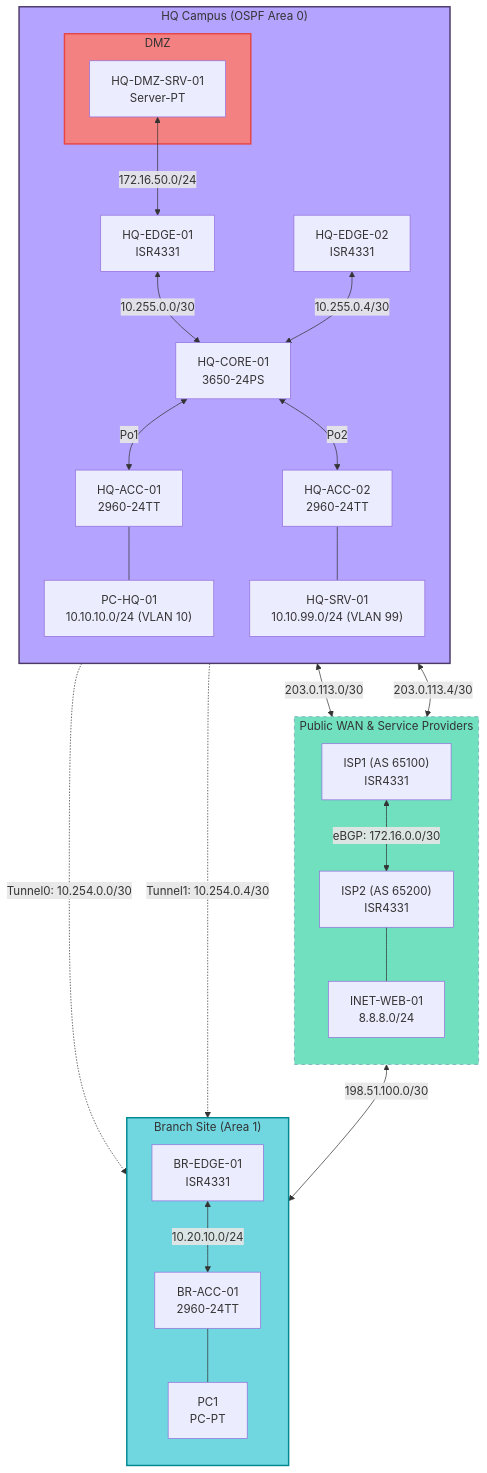
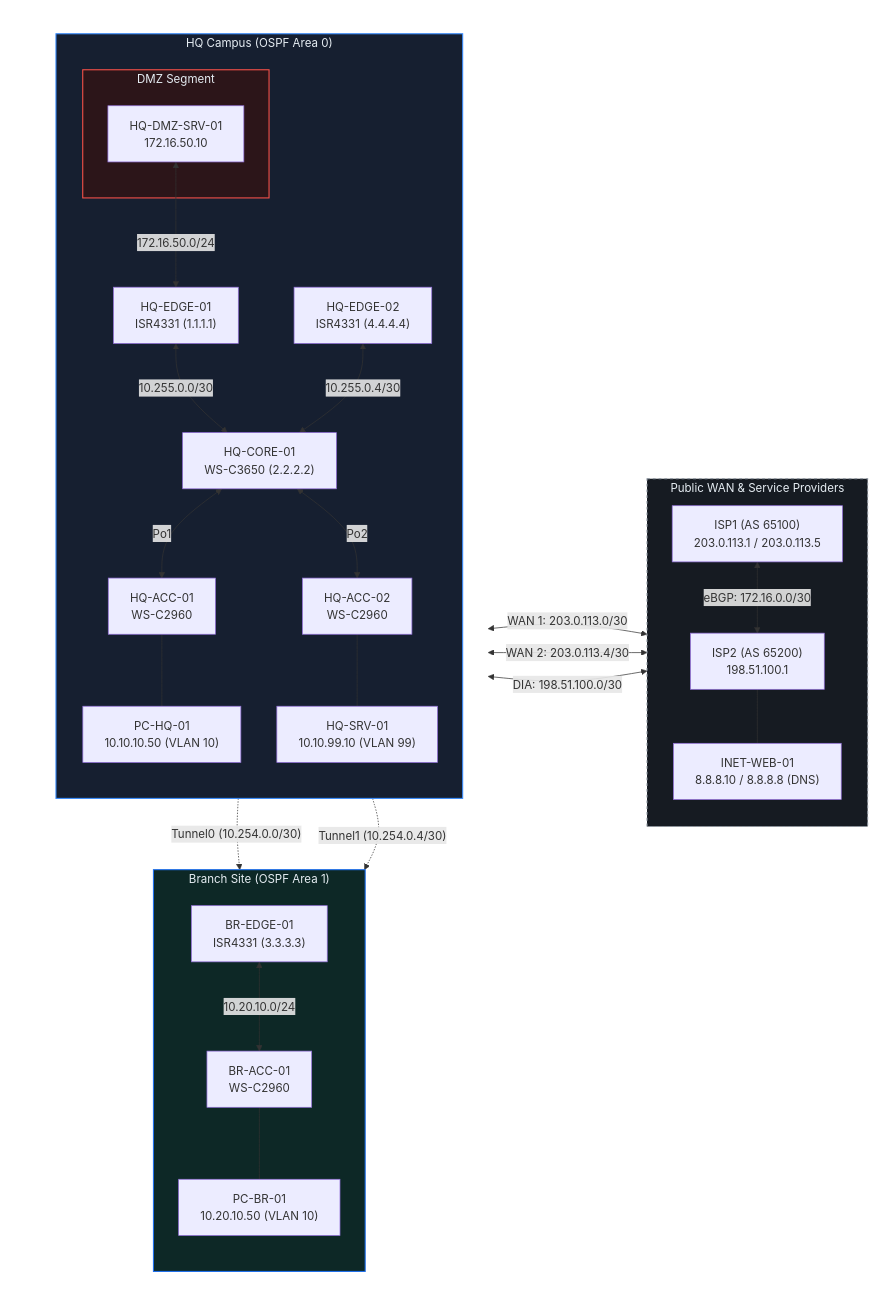
One commit to dbielas/Network changed the diagram in README.md. Above: the diagram before and after it, drawn with Mermaid. The commit also changed other lines of this file, not shown here.

````diff
--- a/README.md
+++ b/README.md
@@ -19,78 +19,96 @@
 ```mermaid
-flowchart TB
-    %% WAN / ISP Infrastructure
+flowchart LR
+    %% ==========================================
+    %% LEFT COLUMN: Enterprise Sites (HQ Top, Branch Bottom)
+    %% ==========================================
+    subgraph ENTERPRISE_SITES[" "]
+        direction TB
+
+        %% TOP-LEFT: HQ Campus - Area 0
+        subgraph AREA_0["HQ Campus (OSPF Area 0)"]
+            direction TB
+            
+            subgraph DMZ_ZONE["DMZ Segment"]
+                DMZ_SRV["HQ-DMZ-SRV-01<br>172.16.50.10"]
+            end
+
+            HQ_EDGE_01["HQ-EDGE-01<br>ISR4331 (1.1.1.1)"]
+            HQ_EDGE_02["HQ-EDGE-02<br>ISR4331 (4.4.4.4)"]
+            HQ_CORE_01["HQ-CORE-01<br>WS-C3650 (2.2.2.2)"]
+            
+            HQ_ACC_01["HQ-ACC-01<br>WS-C2960"]
+            HQ_ACC_02["HQ-ACC-02<br>WS-C2960"]
+            
+            PC_HQ_01["PC-HQ-01<br>10.10.10.50 (VLAN 10)"]
+            HQ_SRV_01["HQ-SRV-01<br>10.10.99.10 (VLAN 99)"]
+
+            %% DMZ Attachment
+            DMZ_SRV <-->|"172.16.50.0/24"| HQ_EDGE_01
+
+            %% Routed Links & EtherChannels
+            HQ_EDGE_01 <-->|"10.255.0.0/30"| HQ_CORE_01
+            HQ_EDGE_02 <-->|"10.255.0.4/30"| HQ_CORE_01
+            HQ_CORE_01 <-->|"Po1"| HQ_ACC_01
+            HQ_CORE_01 <-->|"Po2"| HQ_ACC_02
+
+            %% Host Links
+            HQ_ACC_01 --- PC_HQ_01
+            HQ_ACC_02 --- HQ_SRV_01
+        end
+
+        %% BOTTOM-LEFT: Branch Site - Area 1
+        subgraph AREA_1["Branch Site (OSPF Area 1)"]
+            direction TB
+            BR_EDGE_01["BR-EDGE-01<br>ISR4331 (3.3.3.3)"]
+            BR_ACC_01["BR-ACC-01<br>WS-C2960"]
+            PC1["PC-BR-01<br>10.20.10.50 (VLAN 10)"]
+
+            BR_EDGE_01 <-->|"10.20.10.0/24"| BR_ACC_01
+            BR_ACC_01 --- PC1
+        end
+
+        %% Invisible Rank Enforcer (Forces Area 0 Top, Area 1 Bottom)
+        HQ_CORE_01 ~~~ BR_EDGE_01
+    end
+
+    %% ==========================================
+    %% RIGHT COLUMN: Public WAN & Providers
+    %% ==========================================
     subgraph WAN_CLOUD["Public WAN & Service Providers"]
         direction TB
-        ISP1["ISP1 (AS 65100)<br>ISR4331"]
-        ISP2["ISP2 (AS 65200)<br>ISR4331"]
-        INET_SRV["INET-WEB-01<br>8.8.8.0/24"]
+        ISP1["ISP1 (AS 65100)<br>203.0.113.1 / 203.0.113.5"]
+        ISP2["ISP2 (AS 65200)<br>198.51.100.1"]
+        INET_SRV["INET-WEB-01<br>8.8.8.10 / 8.8.8.8 (DNS)"]
         
         ISP1 <-->|"eBGP: 172.16.0.0/30"| ISP2
         ISP2 --- INET_SRV
     end
 
-    %% HQ Site - OSPF Area 0
-    subgraph AREA_0["HQ Campus (OSPF Area 0)"]
-        direction TB
-        
-        subgraph DMZ_ZONE["DMZ"]
-            DMZ_SRV["HQ-DMZ-SRV-01<br>Server-PT"]
-        end
+    %% ==========================================
+    %% Physical WAN Attachments (Left to Right)
+    %% ==========================================
+    HQ_EDGE_01 <-->|"WAN 1: 203.0.113.0/30"| ISP1
+    HQ_EDGE_02 <-->|"WAN 2: 203.0.113.4/30"| ISP1
+    BR_EDGE_01 <-->|"DIA: 198.51.100.0/30"| ISP2
 
-        HQ_EDGE_01["HQ-EDGE-01<br>ISR4331"]
-        HQ_EDGE_02["HQ-EDGE-02<br>ISR4331"]
-        HQ_CORE_01["HQ-CORE-01<br>3650-24PS"]
-        
-        HQ_ACC_01["HQ-ACC-01<br>2960-24TT"]
-        HQ_ACC_02["HQ-ACC-02<br>2960-24TT"]
-        
-        PC_HQ_01["PC-HQ-01<br>10.10.10.0/24 (VLAN 10)"]
-        HQ_SRV_01["HQ-SRV-01<br>10.10.99.0/24 (VLAN 99)"]
+    %% ==========================================
+    %% Overlay GRE Tunnels (Vertical Campus to Branch)
+    %% ==========================================
+    HQ_EDGE_01 -.->|"Tunnel0 (10.254.0.0/30)"| BR_EDGE_01
+    HQ_EDGE_02 -.->|"Tunnel1 (10.254.0.4/30)"| BR_EDGE_01
 
-        %% DMZ Connection
-        DMZ_SRV <-->|"172.16.50.0/24"| HQ_EDGE_01
-
-        %% Edge to Core Routed Links
-        HQ_EDGE_01 <-->|"10.255.0.0/30"| HQ_CORE_01
-        HQ_EDGE_02 <-->|"10.255.0.4/30"| HQ_CORE_01
-
-        %% Core to Access EtherChannels
-        HQ_CORE_01 <-->|"Po1"| HQ_ACC_01
-        HQ_CORE_01 <-->|"Po2"| HQ_ACC_02
-
-        %% Access to Hosts
-        HQ_ACC_01 --- PC_HQ_01
-        HQ_ACC_02 --- HQ_SRV_01
-    end
-
-    %% Branch Site - Area 1
-    subgraph AREA_1["Branch Site (Area 1)"]
-        direction TB
-        BR_EDGE_01["BR-EDGE-01<br>ISR4331"]
-        BR_ACC_01["BR-ACC-01<br>2960-24TT"]
-        PC1["PC1<br>PC-PT"]
-
-        BR_EDGE_01 <-->|"10.20.10.0/24"| BR_ACC_01
-        BR_ACC_01 --- PC1
-    end
-
-    %% Physical WAN Attachments
-    HQ_EDGE_01 <-->|"203.0.113.0/30"| ISP1
-    HQ_EDGE_02 <-->|"203.0.113.4/30"| ISP1
-    ISP2 <-->|"198.51.100.0/30"| BR_EDGE_01
-
-    %% Overlay GRE Tunnels
-    HQ_EDGE_01 -.->|"Tunnel0: 10.254.0.0/30"| BR_EDGE_01
-    HQ_EDGE_02 -.->|"Tunnel1: 10.254.0.4/30"| BR_EDGE_01
-
-    %% Styling
-    classDef area0 fill:#b4a3ff,stroke:#4b3869,stroke-width:2px;
-    classDef area1 fill:#70d6e0,stroke:#008891,stroke-width:2px;
-    classDef dmz fill:#f38181,stroke:#e84545,stroke-width:2px;
-    classDef wan fill:#70e0bf,stroke:#709fb0,stroke-width:1px,stroke-dasharray: 5 5;
+    %% ==========================================
+    %% GitHub Dark Mode Optimized Palette
+    %% ==========================================
+    classDef area0 fill:#161f30,stroke:#388bfd,stroke-width:1.5px,color:#e6edf3;
+    classDef area1 fill:#0d2826,stroke:#1f6feb,stroke-width:1.5px,color:#e6edf3;
+    classDef dmz fill:#2c1519,stroke:#f85149,stroke-width:1.5px,color:#e6edf3;
+    classDef wan fill:#161b22,stroke:#8b949e,stroke-width:1.5px,stroke-dasharray: 4 4,color:#e6edf3;
+    classDef sites fill:none,stroke:none;
 
     class AREA_0 area0;
     class AREA_1 area1;
     class DMZ_ZONE dmz;
     class WAN_CLOUD wan;
+    class ENTERPRISE_SITES sites;
 ```
````
